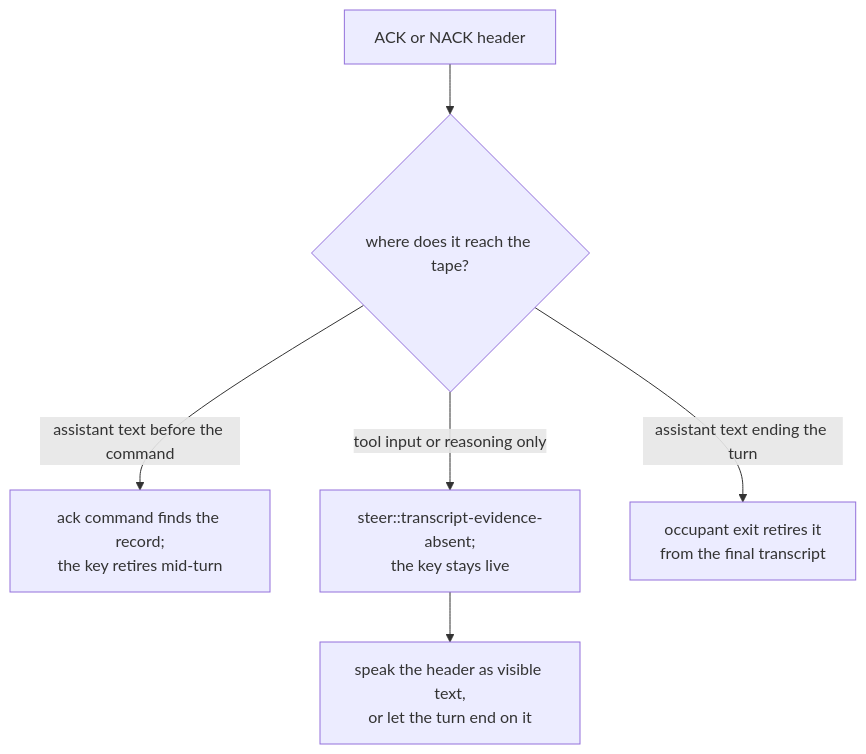
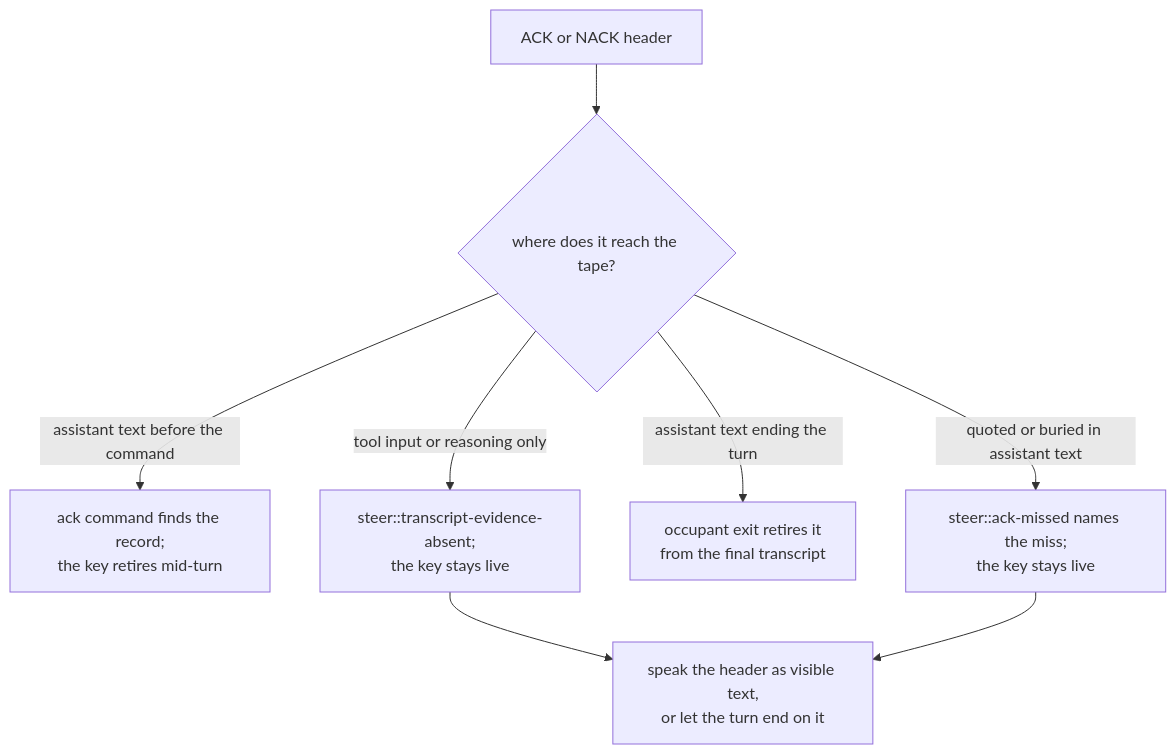
The seventh of 9 diagrams in docs/product/planes/hooks.md (infimalabs/spice-rust), drawn with Mermaid before and after one commit. The commit also changed other lines of this file and 9 other files, not shown here.

````diff
--- a/docs/product/planes/hooks.md
+++ b/docs/product/planes/hooks.md
@@ -226,8 +226,10 @@
 ```mermaid
 flowchart TD
   H["ACK or NACK header"] --> W{"where does it reach the tape?"}
   W -- "assistant text before the command" --> M["ack command finds the record;<br/>the key retires mid-turn"]
   W -- "tool input or reasoning only" --> A["steer::transcript-evidence-absent;<br/>the key stays live"]
   W -- "assistant text ending the turn" --> X["occupant exit retires it<br/>from the final transcript"]
+  W -- "quoted or buried in assistant text" --> Q["steer::ack-missed names the miss;<br/>the key stays live"]
   A --> N["speak the header as visible text,<br/>or let the turn end on it"]
+  Q --> N
 ```
````
